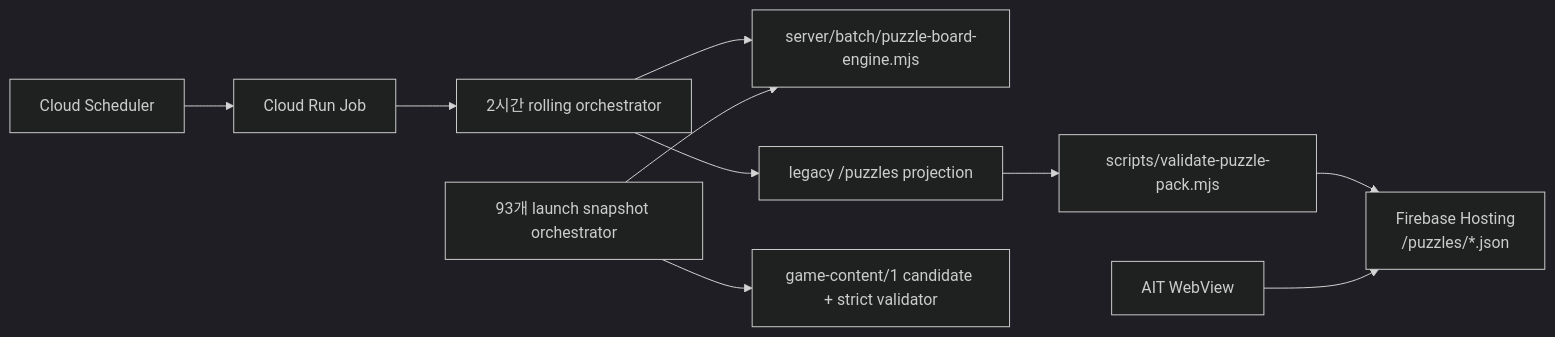
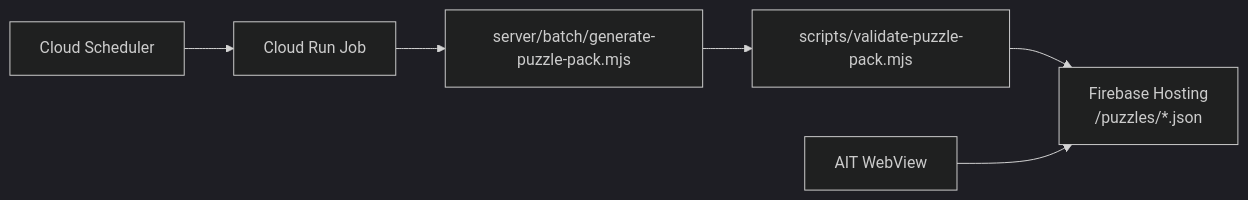
One commit to seorilabs/crossword-puzzle changed the third of 3 diagrams in docs/architecture.md. Above: the diagram before and after it, drawn with Mermaid (dark theme). The commit also changed other lines of this file and 220 other files, not shown here.

````diff
--- a/docs/architecture.md
+++ b/docs/architecture.md
@@ -66,12 +66,8 @@
 ```mermaid
 flowchart LR
   Scheduler["Cloud Scheduler"] --> Job["Cloud Run Job"]
-  Job --> Live["2시간 rolling orchestrator"]
-  Live --> Engine["server/batch/puzzle-board-engine.mjs"]
-  Snapshot["93개 launch snapshot orchestrator"] --> Engine
-  Live --> Legacy["legacy /puzzles projection"]
-  Legacy --> Validator["scripts/validate-puzzle-pack.mjs"]
+  Job --> Generator["server/batch/generate-puzzle-pack.mjs"]
+  Generator --> Validator["scripts/validate-puzzle-pack.mjs"]
   Validator --> Hosting["Firebase Hosting<br/>/puzzles/*.json"]
-  Snapshot --> Strict["game-content/1 candidate + strict validator"]
   AIT["AIT WebView"] --> Hosting
 ```
````
